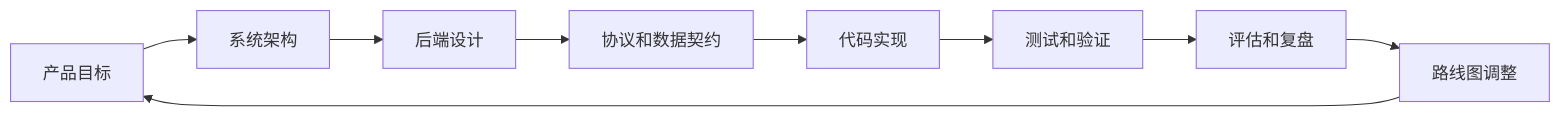
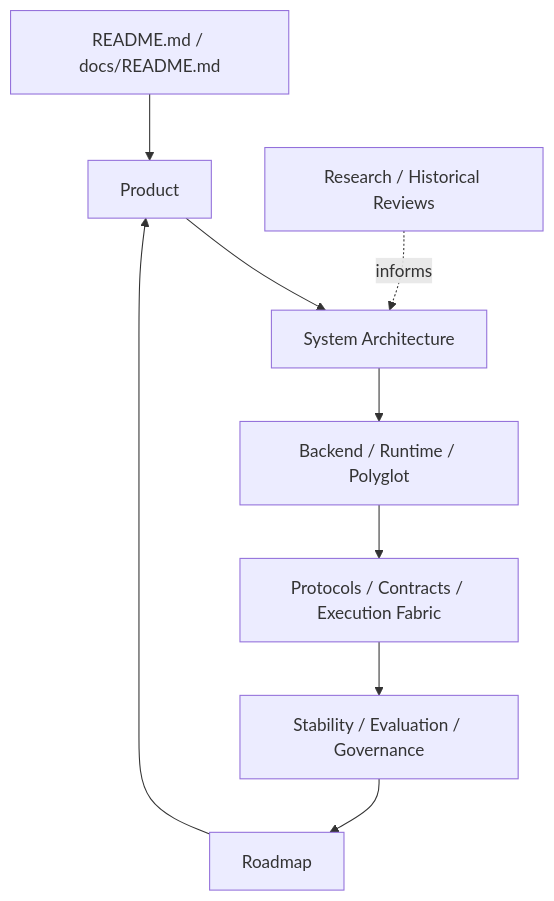
Before and after one commit to ModWU/market-cell: the diagram in docs/documentation_architecture.md, drawn with Mermaid. The commit also changed other lines of this file and 14 other files, not shown here.

Commit message:
Refactor architecture documentation baseline

````diff
--- a/docs/documentation_architecture.md
+++ b/docs/documentation_architecture.md
@@ -41,11 +19,11 @@
 ```mermaid
-flowchart LR
-    Product["产品目标"] --> Architecture["系统架构"]
-    Architecture --> Backend["后端设计"]
-    Backend --> Protocol["协议和数据契约"]
-    Protocol --> Implementation["代码实现"]
-    Implementation --> Tests["测试和验证"]
-    Tests --> Evaluation["评估和复盘"]
-    Evaluation --> Roadmap["路线图调整"]
+flowchart TD
+    Entry["README.md / docs/README.md"] --> Product["Product"]
+    Product --> Architecture["System Architecture"]
+    Architecture --> Engineering["Backend / Runtime / Polyglot"]
+    Engineering --> Protocols["Protocols / Contracts / Execution Fabric"]
+    Protocols --> Validation["Stability / Evaluation / Governance"]
+    Validation --> Roadmap["Roadmap"]
+    Research["Research / Historical Reviews"] -. informs .-> Architecture
     Roadmap --> Product
 ```
````
